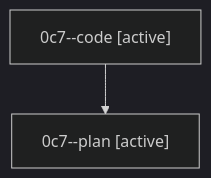
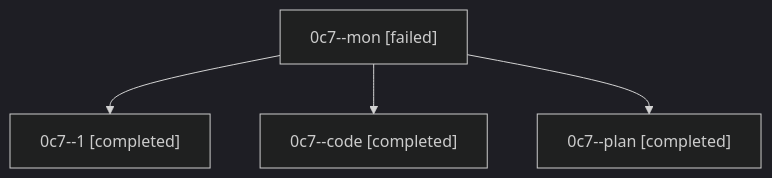
One commit to sase-org/sase--agents changed the diagram in families/bbugyi200.athena.0c7.md. Above: the diagram before and after it, drawn with Mermaid (dark theme). The commit also changed other lines of this file and 453 other files, not shown here.

````diff
--- a/families/bbugyi200.athena.0c7.md
+++ b/families/bbugyi200.athena.0c7.md
@@ -9,6 +9,10 @@
 ```mermaid
 flowchart TD
-  n0["0c7--code [active]"]
-  n1["0c7--plan [active]"]
+  n0["0c7--mon [failed]"]
+  n1["0c7--1 [completed]"]
   n0 --> n1
+  n2["0c7--code [completed]"]
+  n0 --> n2
+  n3["0c7--plan [completed]"]
+  n0 --> n3
 ```
````
